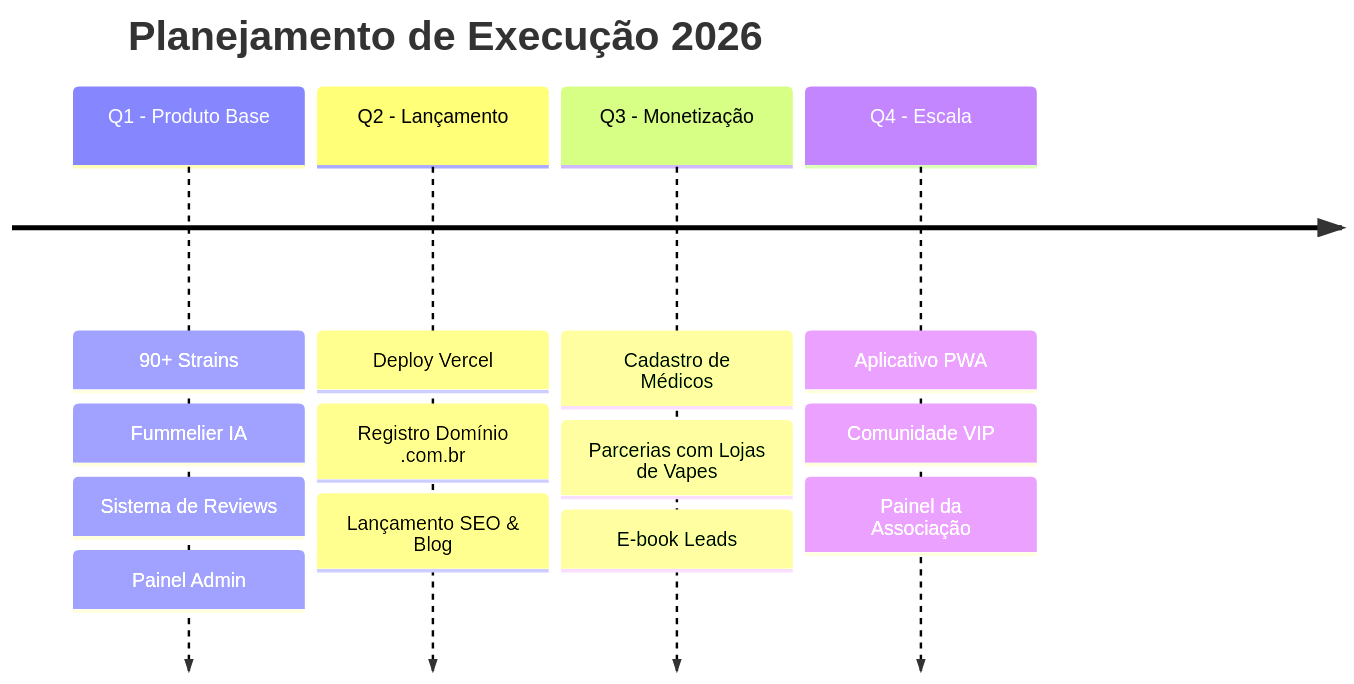
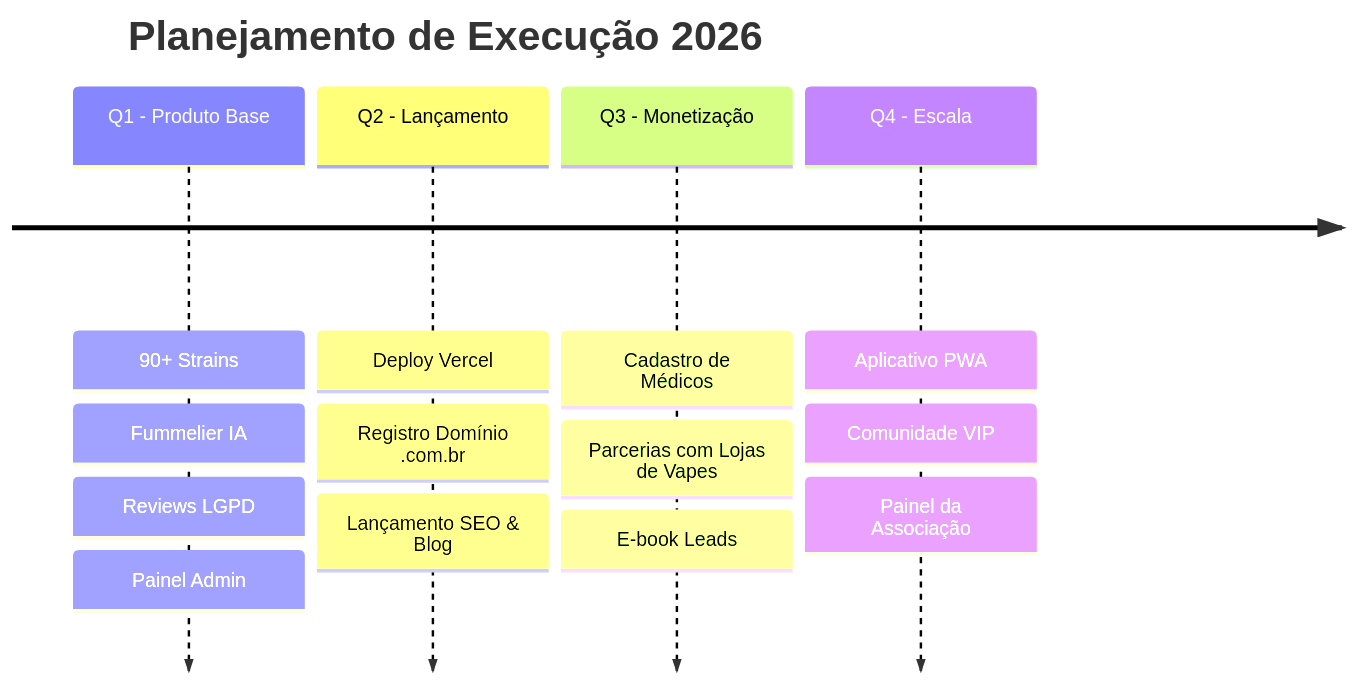
The third of 3 diagrams in PLANO_ESTRATEGICO.md (bestflightconsultoria-alt/myy-dann-3), drawn with Mermaid before and after one commit. The commit also changed other lines of this file, not shown here.

Commit message:
docs: atualizar PLANO_ESTRATEGICO.md com analise da base juridica e os 5 cuidados de conformidade

````diff
--- a/PLANO_ESTRATEGICO.md
+++ b/PLANO_ESTRATEGICO.md
@@ -135,8 +136,8 @@
 ```mermaid
 timeline
     title Planejamento de Execução 2026
-    Q1 - Produto Base : 90+ Strains : Fummelier IA : Sistema de Reviews : Painel Admin
+    Q1 - Produto Base : 90+ Strains : Fummelier IA : Reviews LGPD : Painel Admin
     Q2 - Lançamento : Deploy Vercel : Registro Domínio .com.br : Lançamento SEO & Blog
     Q3 - Monetização : Cadastro de Médicos : Parcerias com Lojas de Vapes : E-book Leads
     Q4 - Escala : Aplicativo PWA : Comunidade VIP : Painel da Associação
 ```
````
